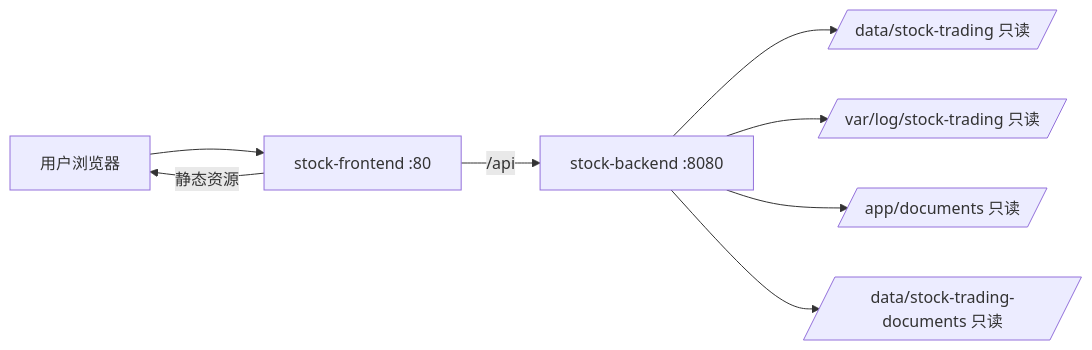
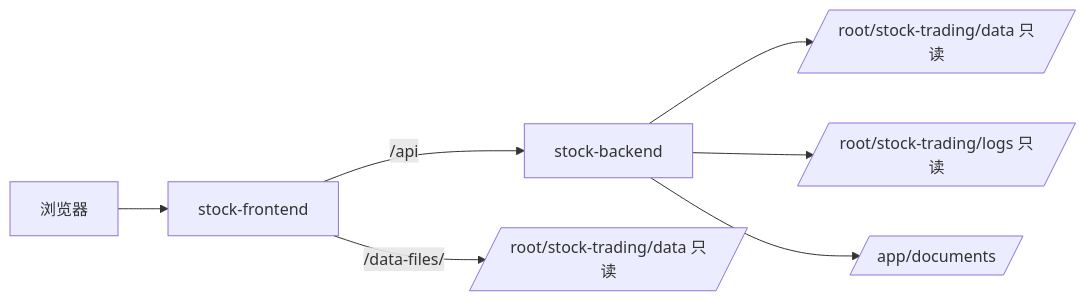
Before and after one commit to mwangli/stock-trading: the second of 2 diagrams in documents/01-system/runtime-architecture.md, drawn with Mermaid. The commit also changed other lines of this file and 25 other files, not shown here.

````diff
--- a/documents/01-system/runtime-architecture.md
+++ b/documents/01-system/runtime-architecture.md
@@ -23,10 +65,9 @@
 ```mermaid
 flowchart LR
-  U[用户浏览器] --> F[stock-frontend :80]
-  F -->|静态资源| U
-  F -->|/api| B[stock-backend :8080]
-  B --> V1[/data/stock-trading 只读/]
-  B --> V2[/var/log/stock-trading 只读/]
-  B --> V3[/app/documents 只读/]
-  B --> V4[/data/stock-trading-documents 只读/]
+  U[浏览器] --> F[stock-frontend]
+  F -->|/api| J[stock-backend]
+  F -->|/data-files/| DF[/root/stock-trading/data 只读/]
+  J --> DB[/root/stock-trading/data 只读/]
+  J --> LG[/root/stock-trading/logs 只读/]
+  J --> DOC[/app/documents/]
 ```
````
